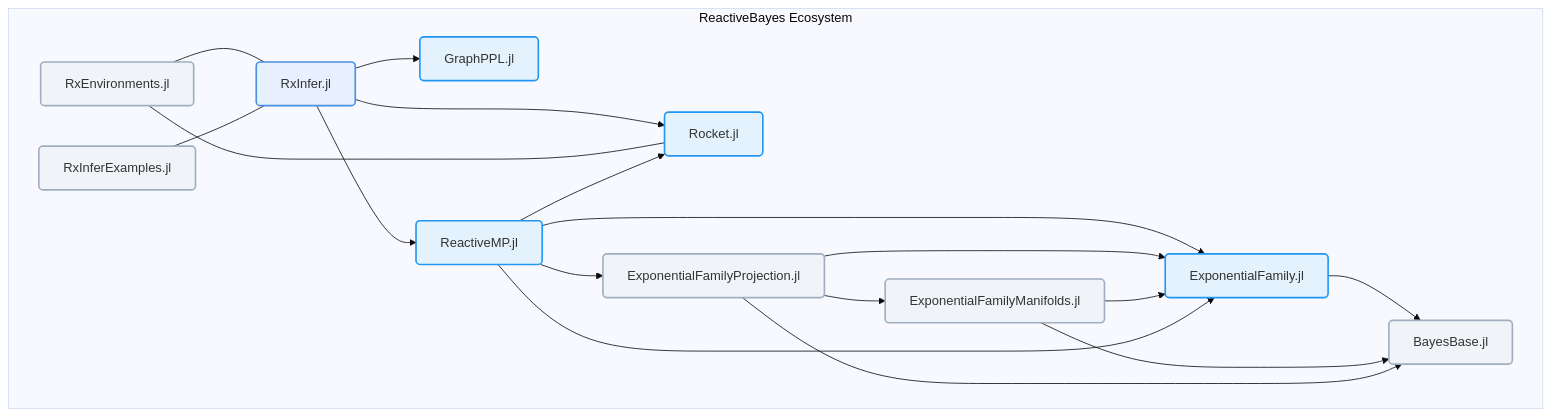
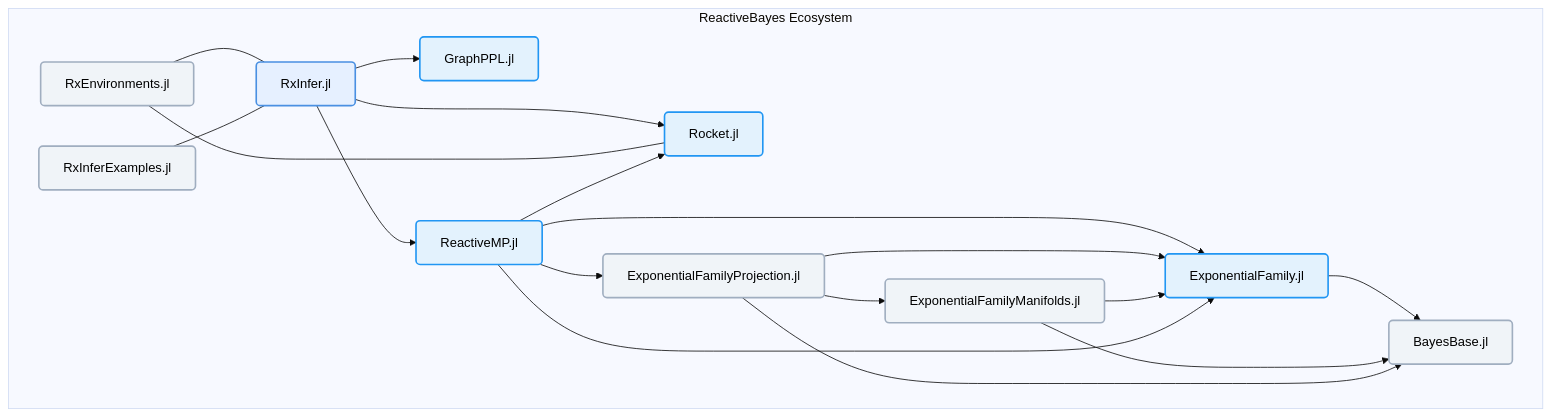
The diagram in profile/README.md (ReactiveBayes/.github), drawn with Mermaid before and after one commit.

Commit message:
force black color in nodes

````diff
--- a/profile/README.md
+++ b/profile/README.md
@@ -7,74 +7,74 @@
 ```mermaid 
 graph TD
     %% Node definitions with links
     RxInfer[RxInfer.jl]
     click RxInfer href "https://github.com/ReactiveBayes/RxInfer.jl" _blank
     GraphPPL[GraphPPL.jl]
     click GraphPPL href "https://github.com/ReactiveBayes/GraphPPL.jl" _blank
     ReactiveMP[ReactiveMP.jl]
     click ReactiveMP href "https://github.com/ReactiveBayes/ReactiveMP.jl" _blank
     Rocket[Rocket.jl]
     click Rocket href "https://github.com/ReactiveBayes/Rocket.jl" _blank
     RxEnvironments[RxEnvironments.jl]
     click RxEnvironments href "https://github.com/ReactiveBayes/RxEnvironments.jl" _blank
     ExponentialFamily[ExponentialFamily.jl]
     click ExponentialFamily href "https://github.com/ReactiveBayes/ExponentialFamily.jl" _blank
     ExponentialFamilyProjection[ExponentialFamilyProjection.jl]
     click ExponentialFamilyProjection href "https://github.com/ReactiveBayes/ExponentialFamilyProjection.jl" _blank
     ExponentialFamilyManifolds[ExponentialFamilyManifolds.jl]
     click ExponentialFamilyManifolds href "https://github.com/ReactiveBayes/ExponentialFamilyManifolds.jl" _blank
     BayesBase[BayesBase.jl]
     click BayesBase href "https://github.com/ReactiveBayes/BayesBase.jl" _blank
     RxInferExamples[RxInferExamples.jl]
     click RxInferExamples href "https://github.com/ReactiveBayes/RxInferExamples.jl" _blank
 
     %% Connections
     RxInfer --> GraphPPL
     RxInfer --> ReactiveMP
     RxInfer --> Rocket
 
     RxEnvironments --- RxInfer
     RxEnvironments --- Rocket
 
     RxInferExamples --- RxInfer
     
     ReactiveMP --> ExponentialFamily
     ReactiveMP --> ExponentialFamilyProjection
     ReactiveMP --> Rocket
     
     ExponentialFamilyProjection --> ExponentialFamilyManifolds
     ExponentialFamilyProjection --> ExponentialFamily
     ExponentialFamilyManifolds --> ExponentialFamily
     
     ReactiveMP --> ExponentialFamily
     
     ExponentialFamily --> BayesBase
     ExponentialFamilyManifolds --> BayesBase
     ExponentialFamilyProjection --> BayesBase
 
     %% Node styling
-    classDef default fill:#f0f4f8,stroke:#a0aec0,stroke-width:2px,rx:5px,text-decoration:none;
-    classDef rxi fill:#e6f0ff,stroke:#4a90e2,stroke-width:2px,rx:5px,text-decoration:none;
-    classDef core fill:#e3f2fd,stroke:#2196f3,stroke-width:2px,rx:5px,text-decoration:none;
+    classDef default fill:#f0f4f8,stroke:#a0aec0,stroke-width:2px,rx:5px,text-decoration:none,color:#000;
+    classDef rxi fill:#e6f0ff,stroke:#4a90e2,stroke-width:2px,rx:5px,text-decoration:none,color:#000;
+    classDef core fill:#e3f2fd,stroke:#2196f3,stroke-width:2px,rx:5px,text-decoration:none,color:#000;
     
     %% Apply core styling to main packages
     class ReactiveMP,GraphPPL,Rocket,ExponentialFamily core;
     class RxInfer rxi;
 
     %% Remove background from main graph
     subgraph "ReactiveBayes Ecosystem"
         RxInfer["RxInfer.jl"]
         RxInferExamples["RxInferExamples.jl"]
         GraphPPL["GraphPPL.jl"]
         ReactiveMP["ReactiveMP.jl"]
         Rocket["Rocket.jl"]
         RxEnvironments["RxEnvironments.jl"]
         ExponentialFamily["ExponentialFamily.jl"]
         ExponentialFamilyProjection["ExponentialFamilyProjection.jl"]
         ExponentialFamilyManifolds["ExponentialFamilyManifolds.jl"]
         BayesBase["BayesBase.jl"]
     end
 
     %% Style settings
     %%{ init: { 'theme': 'base', 'themeVariables': { 'fontSize': '16px' } } }%%
 ```
````
